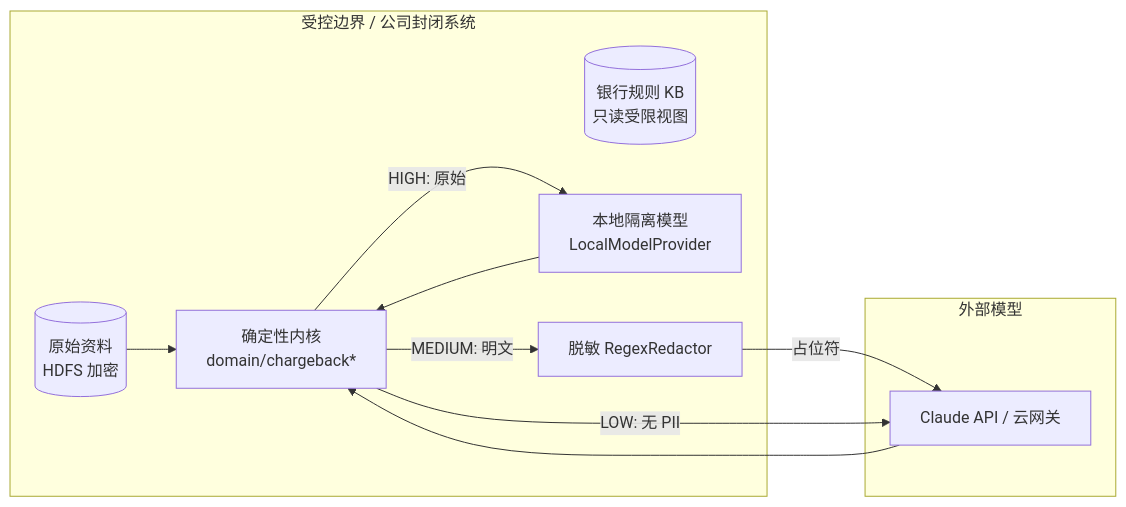
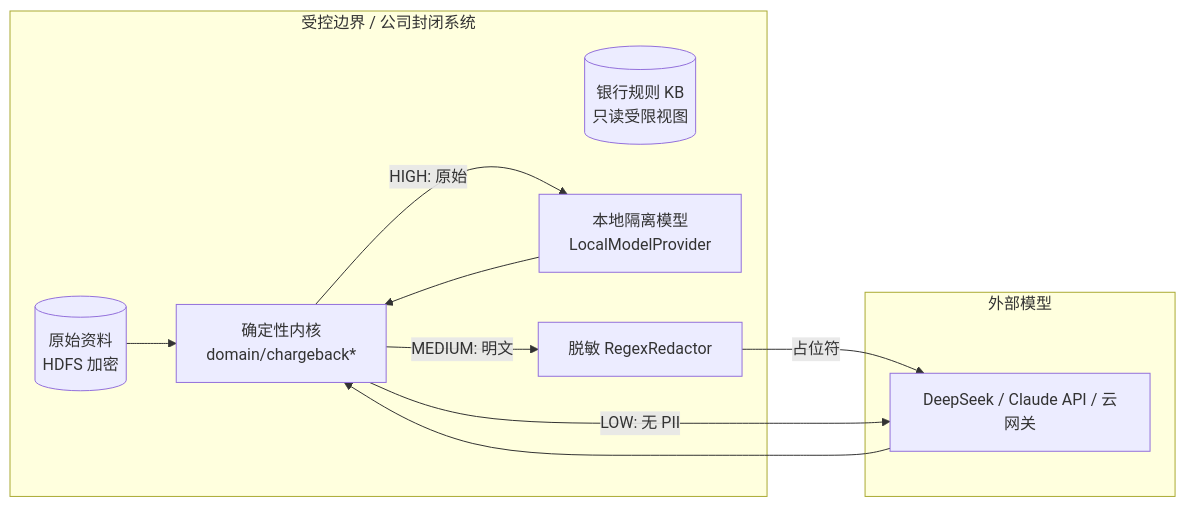
The diagram in docs/security/deployment-tiers.md (jiang4wqy/oceanpilot-evidenceos), drawn with Mermaid before and after one commit. The commit also changed other lines of this file and 38 other files, not shown here.

````diff
--- a/docs/security/deployment-tiers.md
+++ b/docs/security/deployment-tiers.md
@@ -49,20 +49,20 @@
 ```mermaid
 flowchart LR
   subgraph Trusted[受控边界 / 公司封闭系统]
     KB[(银行规则 KB<br/>只读受限视图)]
     RAW[(原始资料<br/>HDFS 加密)]
     KERNEL[确定性内核<br/>domain/chargeback*]
     LOCAL[本地隔离模型<br/>LocalModelProvider]
     REDACT[脱敏 RegexRedactor]
   end
   subgraph External[外部模型]
-    CLAUDE[Claude API / 云网关]
+    CLAUDE[DeepSeek / Claude API / 云网关]
   end
 
   RAW --> KERNEL
   KERNEL -->|HIGH: 原始| LOCAL
   KERNEL -->|MEDIUM: 明文| REDACT -->|占位符| CLAUDE
   KERNEL -->|LOW: 无 PII| CLAUDE
   LOCAL --> KERNEL
   CLAUDE --> KERNEL
 ```
````
